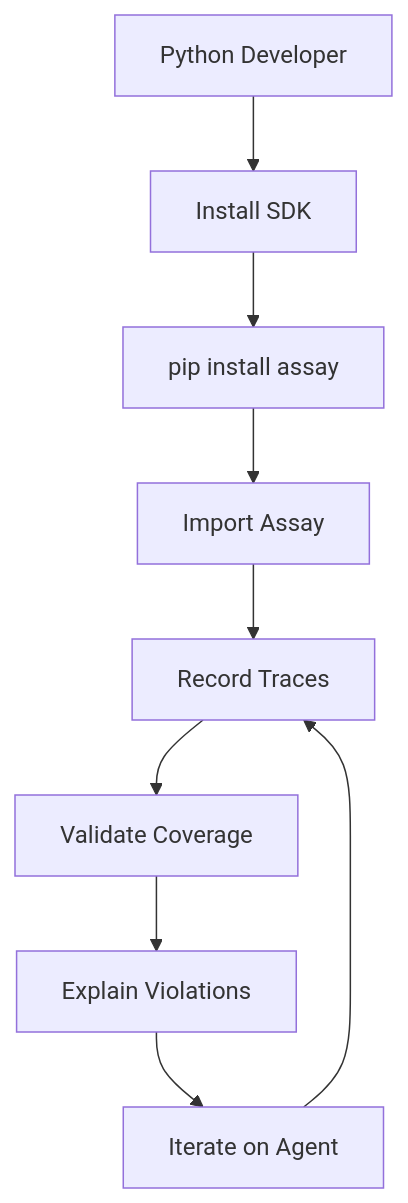
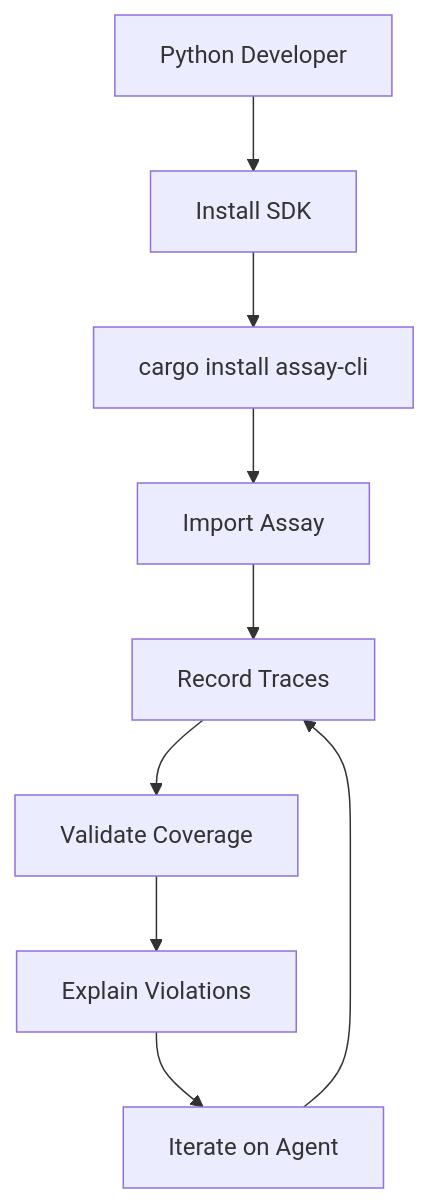
One commit to Rul1an/assay changed the seventh of 12 diagrams in docs/AIcontext/user-flows.md. Above: the diagram before and after it, drawn with Mermaid. The commit also changed other lines of this file and 19 other files, not shown here.

````diff
--- a/docs/AIcontext/user-flows.md
+++ b/docs/AIcontext/user-flows.md
@@ -243,11 +243,11 @@
 ```mermaid
 flowchart TD
     start[Python Developer] --> install[Install SDK]
-    install --> pip[pip install assay]
+    install --> pip[cargo install assay-cli]
     pip --> import[Import Assay]
     import --> record[Record Traces]
     record --> validate[Validate Coverage]
     validate --> explain[Explain Violations]
     explain --> iterate[Iterate on Agent]
     iterate --> record
 ```
````
